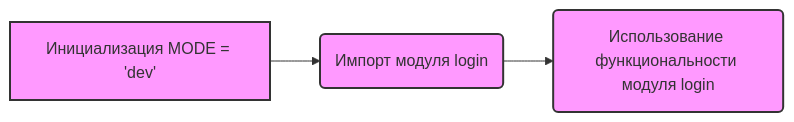
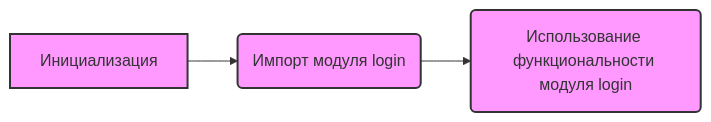
Before and after one commit to hypo69/hypo: the diagram in docs/gemini/ru/explainer/src/suppliers/aliexpress/scenarios/__init__.py.md, drawn with Mermaid. The commit also changed other lines of this file and 6031 other files, not shown here.

````diff
--- a/docs/gemini/ru/explainer/src/suppliers/aliexpress/scenarios/__init__.py.md
+++ b/docs/gemini/ru/explainer/src/suppliers/aliexpress/scenarios/__init__.py.md
@@ -13,8 +13,8 @@
 ```mermaid
 graph LR
-    A[Инициализация MODE = 'dev'] --> B(Импорт модуля login);
+    A[Инициализация ] --> B(Импорт модуля login);
     B --> C(Использование функциональности модуля login);
    
     classDef default fill:#f9f,stroke:#333,stroke-width:2px
     class A,B,C default
 ```
````
